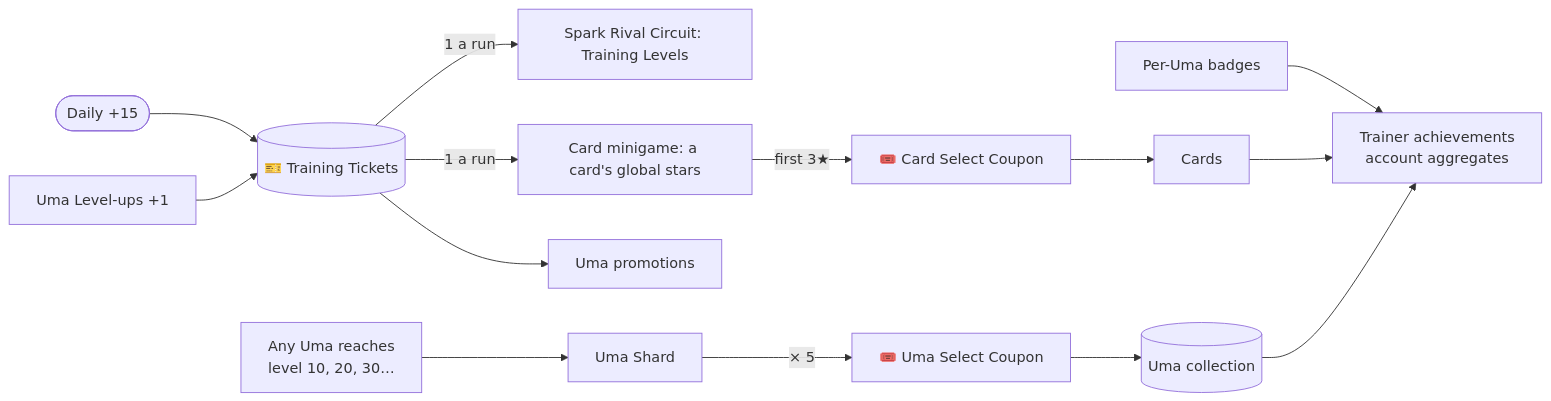
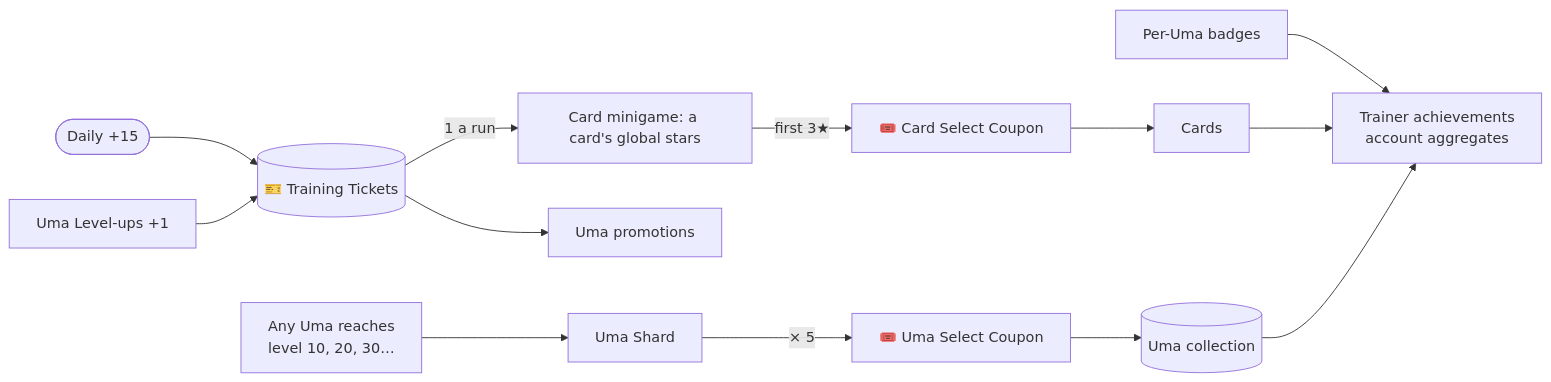
One commit to luismlorenzana/uma-racer changed the second of 2 diagrams in docs/design/00-overview.md. Above: the diagram before and after it, drawn with Mermaid. The commit also changed other lines of this file and 69 other files, not shown here.

````diff
--- a/docs/design/00-overview.md
+++ b/docs/design/00-overview.md
@@ -49,16 +48,15 @@
 ```mermaid
 flowchart LR
     Daily([Daily +15]) --> Tickets[("🎫 Training Tickets")]
     UmaLv["Uma Level-ups +1"] --> Tickets
-    Tickets -->|"1 a run"| Spark["Spark Rival Circuit: Training Levels"]
     Tickets -->|"1 a run"| Bond["Card minigame: a card's global stars"]
     Bond -->|"first 3★"| CardCoupon["🎟️ Card Select Coupon"]
     CardCoupon --> Cards
     Tickets --> UmaPromo["Uma promotions"]
     Levels["Any Uma reaches<br/>level 10, 20, 30…"] --> Shards["Uma Shard"]
     Shards -->|"× 5"| UmaCoupon["🎟️ Uma Select Coupon"]
     UmaCoupon --> Umas[("Uma collection")]
     Badges["Per-Uma badges"] --> Trainer["Trainer achievements<br/>account aggregates"]
     Cards --> Trainer
     Umas --> Trainer
 ```
````
